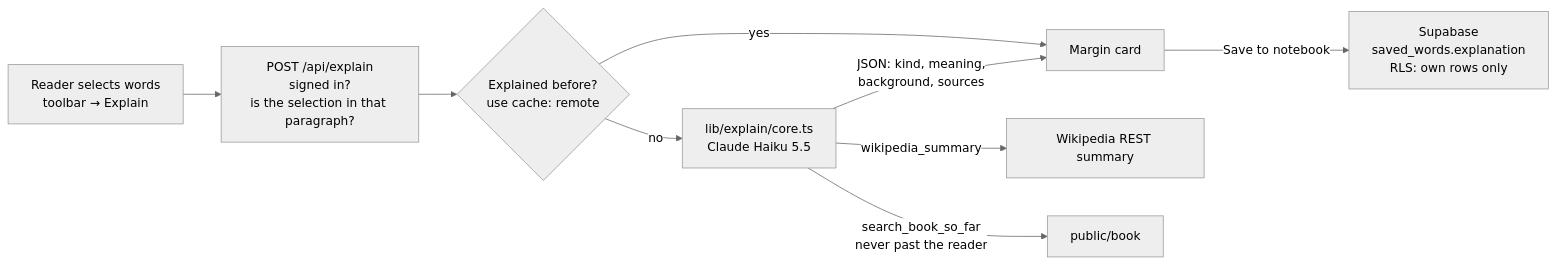
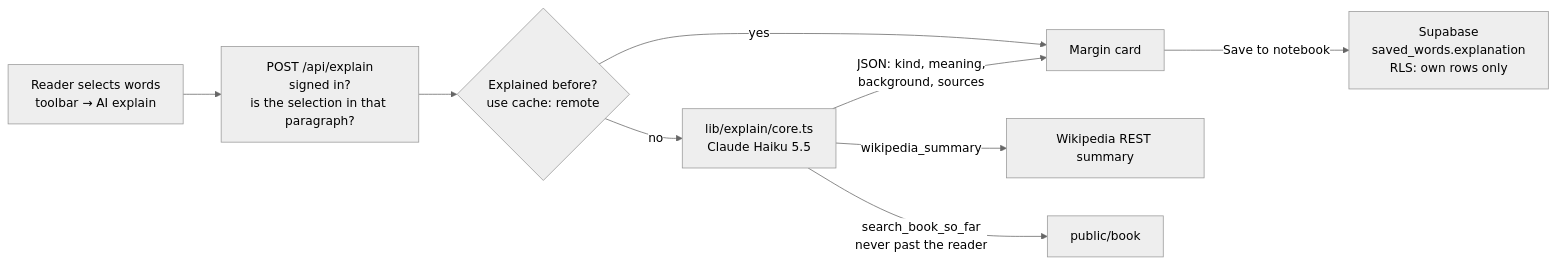
The first of 2 diagrams in README.md (Rogernarten/Marginalia-fullstack), drawn with Mermaid (neutral theme) before and after one commit. The commit also changed other lines of this file and 7 other files, not shown here.

````diff
--- a/README.md
+++ b/README.md
@@ -34,11 +34,11 @@
 ```mermaid
 flowchart LR
-  SEL["Reader selects words<br/>toolbar → Explain"] --> API["POST /api/explain<br/>signed in?<br/>is the selection in that paragraph?"]
+  SEL["Reader selects words<br/>toolbar → AI explain"] --> API["POST /api/explain<br/>signed in?<br/>is the selection in that paragraph?"]
   API --> CACHE{"Explained before?<br/>use cache: remote"}
   CACHE -- yes --> CARD
   CACHE -- no --> CORE["lib/explain/core.ts<br/>Claude Haiku 5.5"]
   CORE -- "wikipedia_summary" --> WIKI["Wikipedia REST summary"]
   CORE -- "search_book_so_far<br/>never past the reader" --> BOOK["public/book"]
   CORE -- "JSON: kind, meaning,<br/>background, sources" --> CARD["Margin card"]
   CARD -- "Save to notebook" --> DB["Supabase<br/>saved_words.explanation<br/>RLS: own rows only"]
 ```
````
